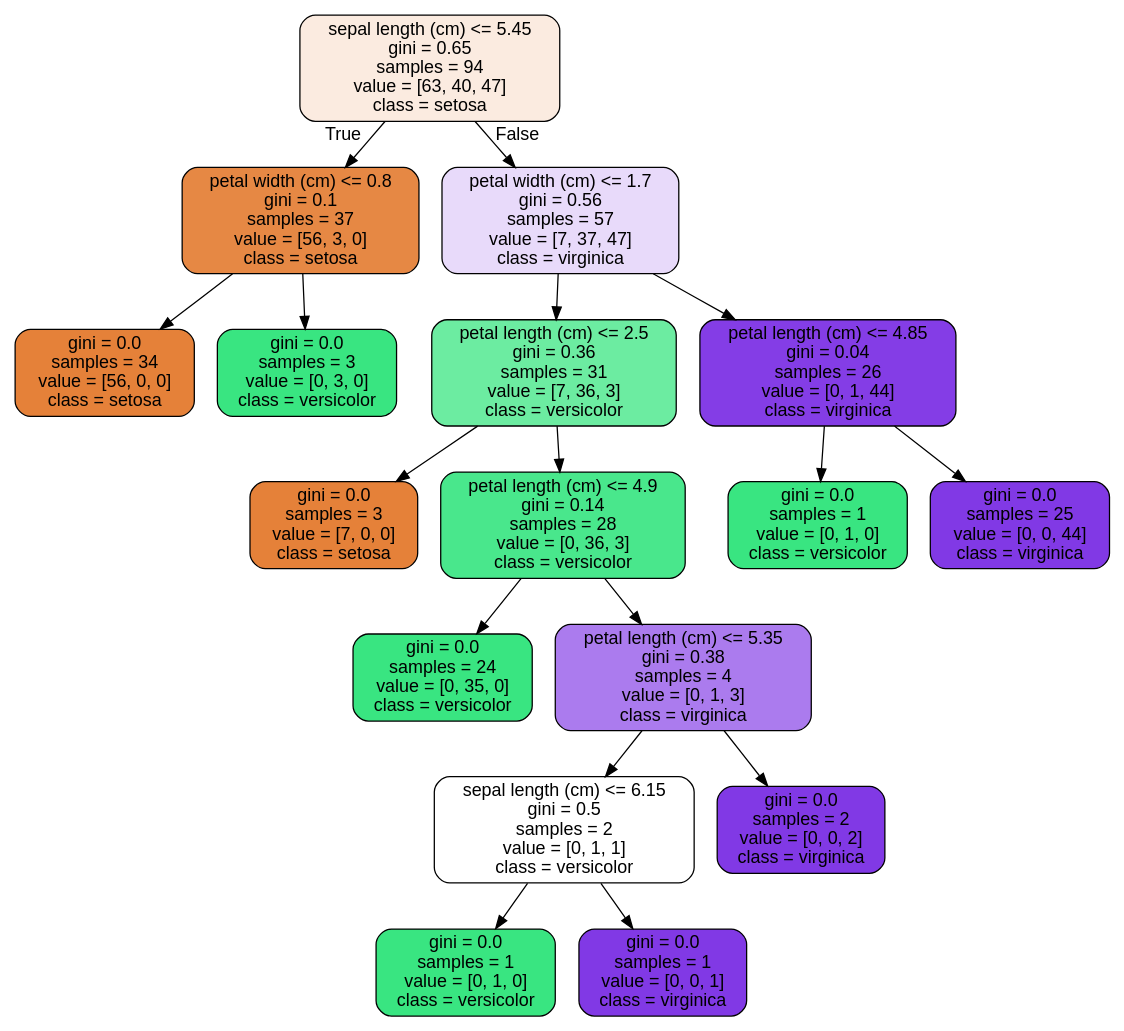
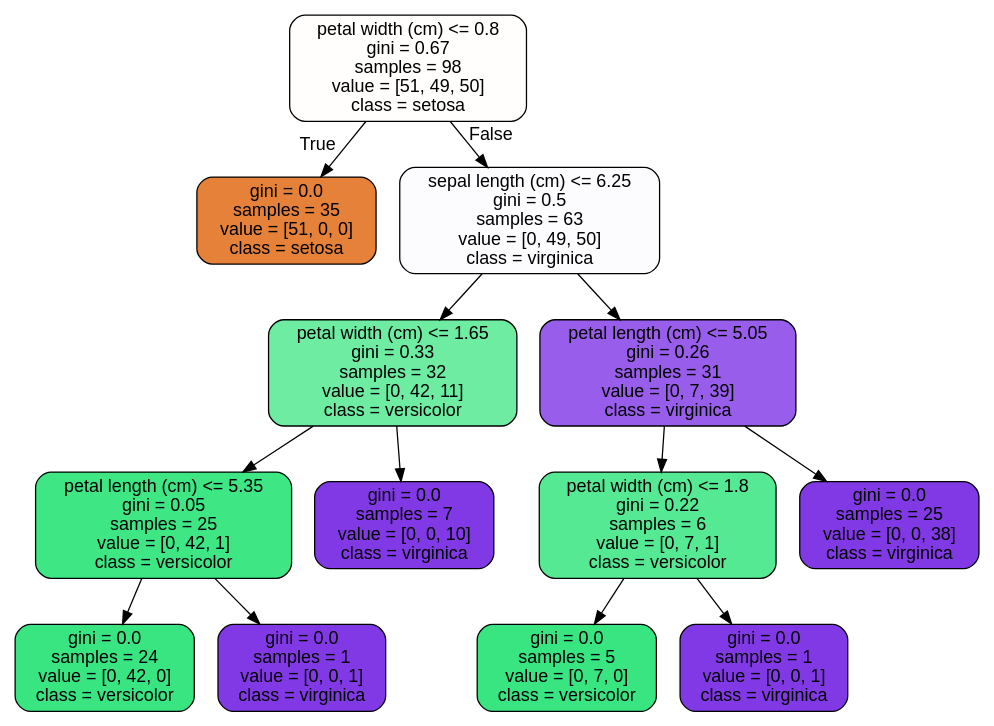
The diagram in tree.dot (Khalif81/covid_patient_status), drawn with Graphviz before and after one commit. The commit also changed 1 other file, not shown here.

```diff
--- a/tree.dot
+++ b/tree.dot
@@ -1,37 +1,29 @@
 digraph Tree {
 node [shape=box, style="filled, rounded", color="black", fontname=helvetica] ;
 edge [fontname=helvetica] ;
-0 [label="sepal length (cm) <= 5.45\ngini = 0.65\nsamples = 94\nvalue = [63, 40, 47]\nclass = setosa", fillcolor="#fbebe0"] ;
-1 [label="petal width (cm) <= 0.8\ngini = 0.1\nsamples = 37\nvalue = [56, 3, 0]\nclass = setosa", fillcolor="#e68844"] ;
+0 [label="petal width (cm) <= 0.8\ngini = 0.67\nsamples = 98\nvalue = [51, 49, 50]\nclass = setosa", fillcolor="#fffefd"] ;
+1 [label="gini = 0.0\nsamples = 35\nvalue = [51, 0, 0]\nclass = setosa", fillcolor="#e58139"] ;
 0 -> 1 [labeldistance=2.5, labelangle=45, headlabel="True"] ;
-2 [label="gini = 0.0\nsamples = 34\nvalue = [56, 0, 0]\nclass = setosa", fillcolor="#e58139"] ;
-1 -> 2 ;
-3 [label="gini = 0.0\nsamples = 3\nvalue = [0, 3, 0]\nclass = versicolor", fillcolor="#39e581"] ;
-1 -> 3 ;
-4 [label="petal width (cm) <= 1.7\ngini = 0.56\nsamples = 57\nvalue = [7, 37, 47]\nclass = virginica", fillcolor="#e8dafa"] ;
-0 -> 4 [labeldistance=2.5, labelangle=-45, headlabel="False"] ;
-5 [label="petal length (cm) <= 2.5\ngini = 0.36\nsamples = 31\nvalue = [7, 36, 3]\nclass = versicolor", fillcolor="#6ceca1"] ;
+2 [label="sepal length (cm) <= 6.25\ngini = 0.5\nsamples = 63\nvalue = [0, 49, 50]\nclass = virginica", fillcolor="#fcfbfe"] ;
+0 -> 2 [labeldistance=2.5, labelangle=-45, headlabel="False"] ;
+3 [label="petal width (cm) <= 1.65\ngini = 0.33\nsamples = 32\nvalue = [0, 42, 11]\nclass = versicolor", fillcolor="#6deca2"] ;
+2 -> 3 ;
+4 [label="petal length (cm) <= 5.35\ngini = 0.05\nsamples = 25\nvalue = [0, 42, 1]\nclass = versicolor", fillcolor="#3ee684"] ;
+3 -> 4 ;
+5 [label="gini = 0.0\nsamples = 24\nvalue = [0, 42, 0]\nclass = versicolor", fillcolor="#39e581"] ;
 4 -> 5 ;
-6 [label="gini = 0.0\nsamples = 3\nvalue = [7, 0, 0]\nclass = setosa", fillcolor="#e58139"] ;
-5 -> 6 ;
-7 [label="petal length (cm) <= 4.9\ngini = 0.14\nsamples = 28\nvalue = [0, 36, 3]\nclass = versicolor", fillcolor="#49e78c"] ;
-5 -> 7 ;
-8 [label="gini = 0.0\nsamples = 24\nvalue = [0, 35, 0]\nclass = versicolor", fillcolor="#39e581"] ;
-7 -> 8 ;
-9 [label="petal length (cm) <= 5.35\ngini = 0.38\nsamples = 4\nvalue = [0, 1, 3]\nclass = virginica", fillcolor="#ab7bee"] ;
-7 -> 9 ;
-10 [label="sepal length (cm) <= 6.15\ngini = 0.5\nsamples = 2\nvalue = [0, 1, 1]\nclass = versicolor", fillcolor="#ffffff"] ;
+6 [label="gini = 0.0\nsamples = 1\nvalue = [0, 0, 1]\nclass = virginica", fillcolor="#8139e5"] ;
+4 -> 6 ;
+7 [label="gini = 0.0\nsamples = 7\nvalue = [0, 0, 10]\nclass = virginica", fillcolor="#8139e5"] ;
+3 -> 7 ;
+8 [label="petal length (cm) <= 5.05\ngini = 0.26\nsamples = 31\nvalue = [0, 7, 39]\nclass = virginica", fillcolor="#985dea"] ;
+2 -> 8 ;
+9 [label="petal width (cm) <= 1.8\ngini = 0.22\nsamples = 6\nvalue = [0, 7, 1]\nclass = versicolor", fillcolor="#55e993"] ;
+8 -> 9 ;
+10 [label="gini = 0.0\nsamples = 5\nvalue = [0, 7, 0]\nclass = versicolor", fillcolor="#39e581"] ;
 9 -> 10 ;
-11 [label="gini = 0.0\nsamples = 1\nvalue = [0, 1, 0]\nclass = versicolor", fillcolor="#39e581"] ;
-10 -> 11 ;
-12 [label="gini = 0.0\nsamples = 1\nvalue = [0, 0, 1]\nclass = virginica", fillcolor="#8139e5"] ;
-10 -> 12 ;
-13 [label="gini = 0.0\nsamples = 2\nvalue = [0, 0, 2]\nclass = virginica", fillcolor="#8139e5"] ;
-9 -> 13 ;
-14 [label="petal length (cm) <= 4.85\ngini = 0.04\nsamples = 26\nvalue = [0, 1, 44]\nclass = virginica", fillcolor="#843de6"] ;
-4 -> 14 ;
-15 [label="gini = 0.0\nsamples = 1\nvalue = [0, 1, 0]\nclass = versicolor", fillcolor="#39e581"] ;
-14 -> 15 ;
-16 [label="gini = 0.0\nsamples = 25\nvalue = [0, 0, 44]\nclass = virginica", fillcolor="#8139e5"] ;
-14 -> 16 ;
+11 [label="gini = 0.0\nsamples = 1\nvalue = [0, 0, 1]\nclass = virginica", fillcolor="#8139e5"] ;
+9 -> 11 ;
+12 [label="gini = 0.0\nsamples = 25\nvalue = [0, 0, 38]\nclass = virginica", fillcolor="#8139e5"] ;
+8 -> 12 ;
 }
```
